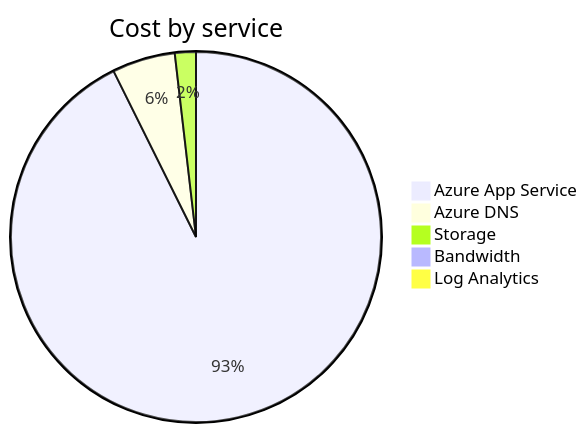
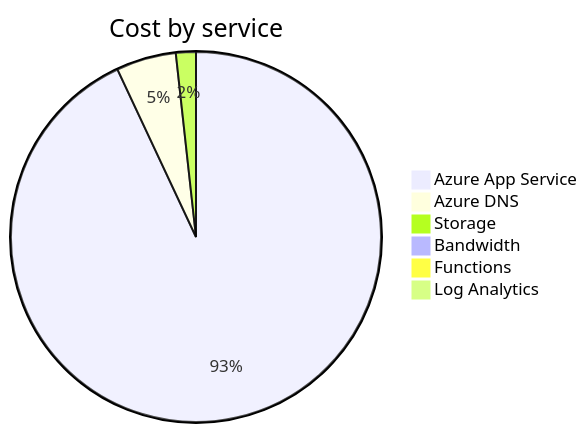
Before and after one commit to jpfulton/azure-personal-reports: the second of 4 diagrams in cost-reports/accumulated-cost.md, drawn with Mermaid. The commit also changed other lines of this file and 4 other files, not shown here.

````diff
--- a/cost-reports/accumulated-cost.md
+++ b/cost-reports/accumulated-cost.md
@@ -99,9 +100,10 @@
 ```mermaid
 pie
    title Cost by service
-   "Azure App Service" : 1.01
-   "Azure DNS" : 0.06
-   "Storage" : 0.02
+   "Azure App Service" : 1.60
+   "Azure DNS" : 0.09
+   "Storage" : 0.03
    "Bandwidth" : 0.00
+   "Functions" : 0.00
    "Log Analytics" : 0.00
 ```
````
